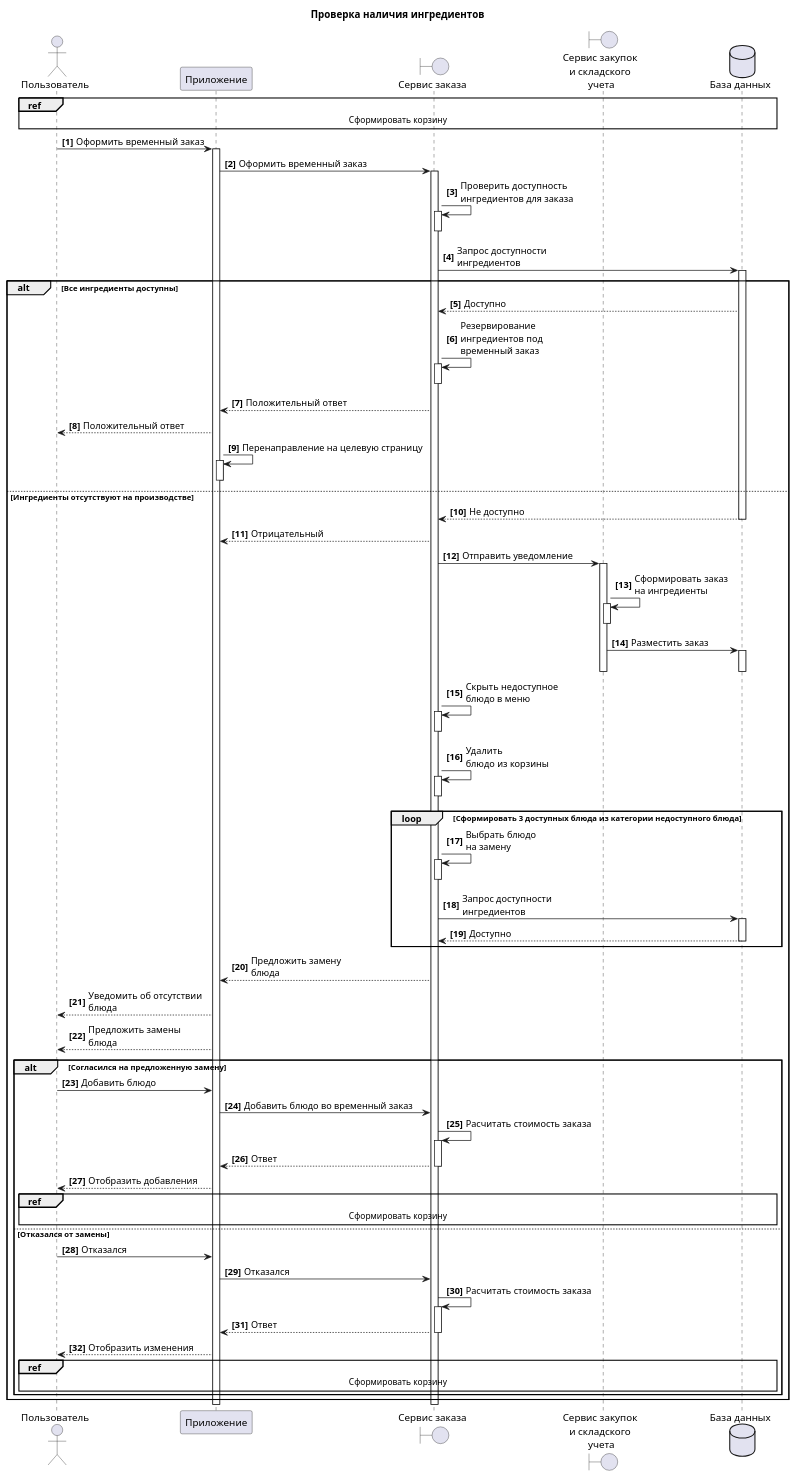
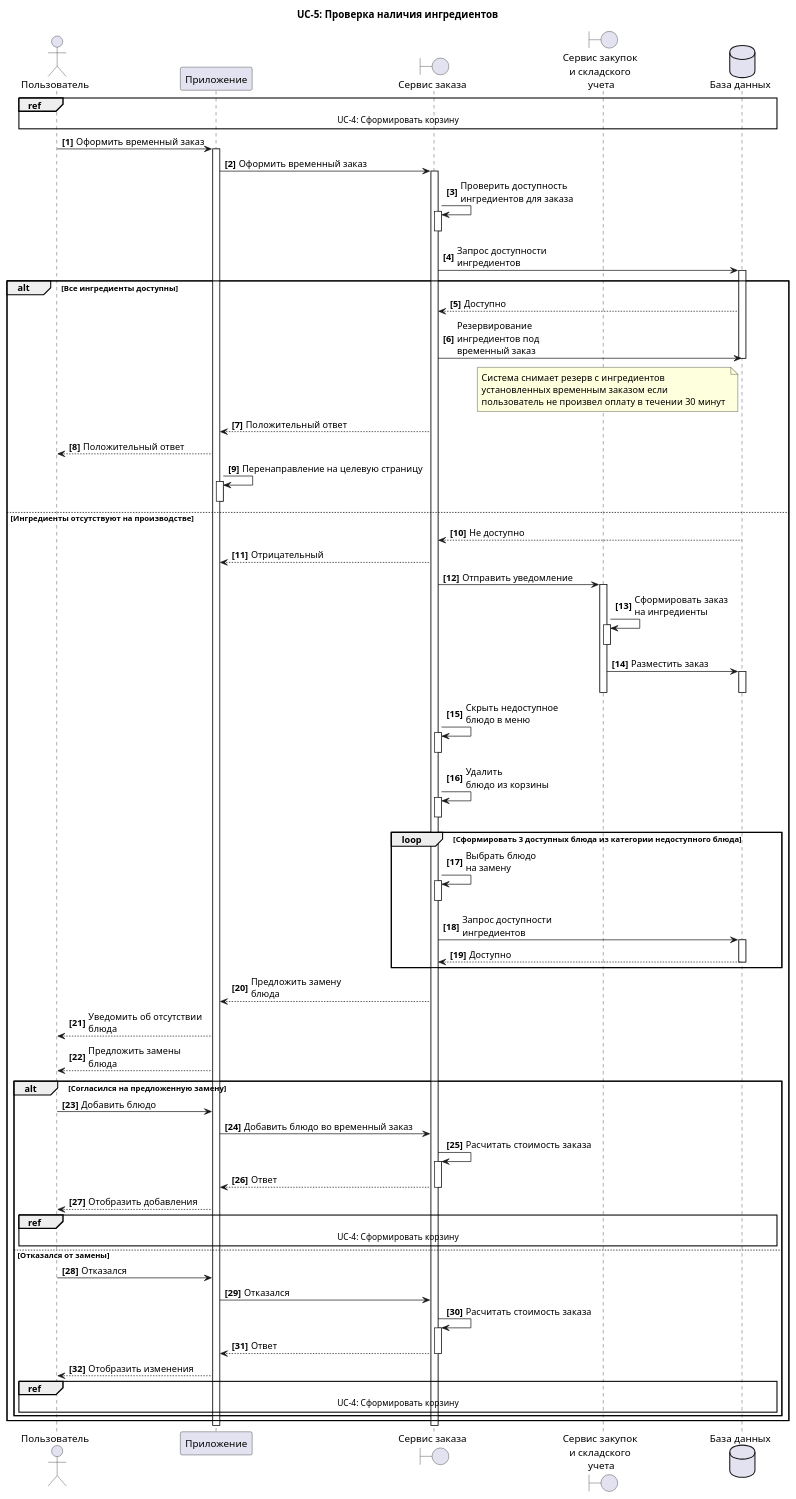
Before and after one commit to Mimitrii/RoboPoint: the diagram in 5_UML/UC_5_CheckIngredients.wsd, drawn with PlantUML. The commit also changed 11 other files, not shown here.

```diff
--- a/5_UML/UC_5_CheckIngredients.wsd
+++ b/5_UML/UC_5_CheckIngredients.wsd
@@ -1,75 +1,80 @@
 @startuml
-title Проверка наличия ингредиентов
+title UC-5: Проверка наличия ингредиентов
 actor "Пользователь" as U 
 participant  "Приложение" as A 
 boundary "Сервис заказа" as S
 boundary "Сервис закупок \nи складского \nучета" as OR
 dataBase "База данных" as DB 
 autonumber "<b>[0]"  
 
 ref over U,A,S,DB
-Сформировать корзину
+UC-4: Сформировать корзину
 end ref
 
 U->A++: Оформить временный заказ
 A->S++: Оформить временный заказ
 S->S++: Проверить доступность\nингредиентов для заказа
 S--
 S->DB++: Запрос доступности \nингредиентов
 alt Все ингредиенты доступны
 DB-->S:Доступно
-S->S++: Резервирование \nингредиентов под \nвременный заказ
-S--
+S->DB: Резервирование \nингредиентов под \nвременный заказ
+note left of DB
+ Система снимает резерв с ингредиентов 
+ установленных временным заказом если 
+ пользователь не произвел оплату в течении 30 минут 
+end note
+DB--
 S --> A: Положительный ответ
 A --> U: Положительный ответ
 A->A++:Перенаправление на целевую страницу
 A--
 
 else Ингредиенты отсутствуют на производстве 
 DB-->S--:Не доступно
 S --> A: Отрицательный 
 S -> OR++: Отправить уведомление 
 OR -> OR++: Сформировать заказ \nна ингредиенты  
 OR--
 OR -> DB++: Разместить заказ 
 OR--
 DB--
 S->S++: Скрыть недоступное \nблюдо в меню
 S--
 S->S++: Удалить \nблюдо из корзины
 S--
 loop Сформировать 3 доступных блюда из категории недоступного блюда
 S->S++: Выбрать блюдо \nна замену
 S--
 S->DB++: Запрос доступности \nингредиентов
 return Доступно
 end
 S--> A : Предложить замену \nблюда
 A --> U : Уведомить об отсутствии \nблюда
 A --> U : Предложить замены \nблюда
 
 alt Согласился на предложенную замену
 U->A: Добавить блюдо 
 A->S: Добавить блюдо во временный заказ
 S->S++: Расчитать стоимость заказа
 S-->A--:Ответ
 A-->U: Отобразить добавления
 ref over U,A,S,DB
-Сформировать корзину
+UC-4: Сформировать корзину
 end ref
 
 else Отказался от замены
 U->A: Отказался 
 A->S: Отказался
 S->S++: Расчитать стоимость заказа
 S-->A--:Ответ
 A-->U: Отобразить изменения
 
 ref over U,A,S,DB
-Сформировать корзину
+UC-4: Сформировать корзину
 end ref
 end
 end
 A--
 S--
 @enduml
```
